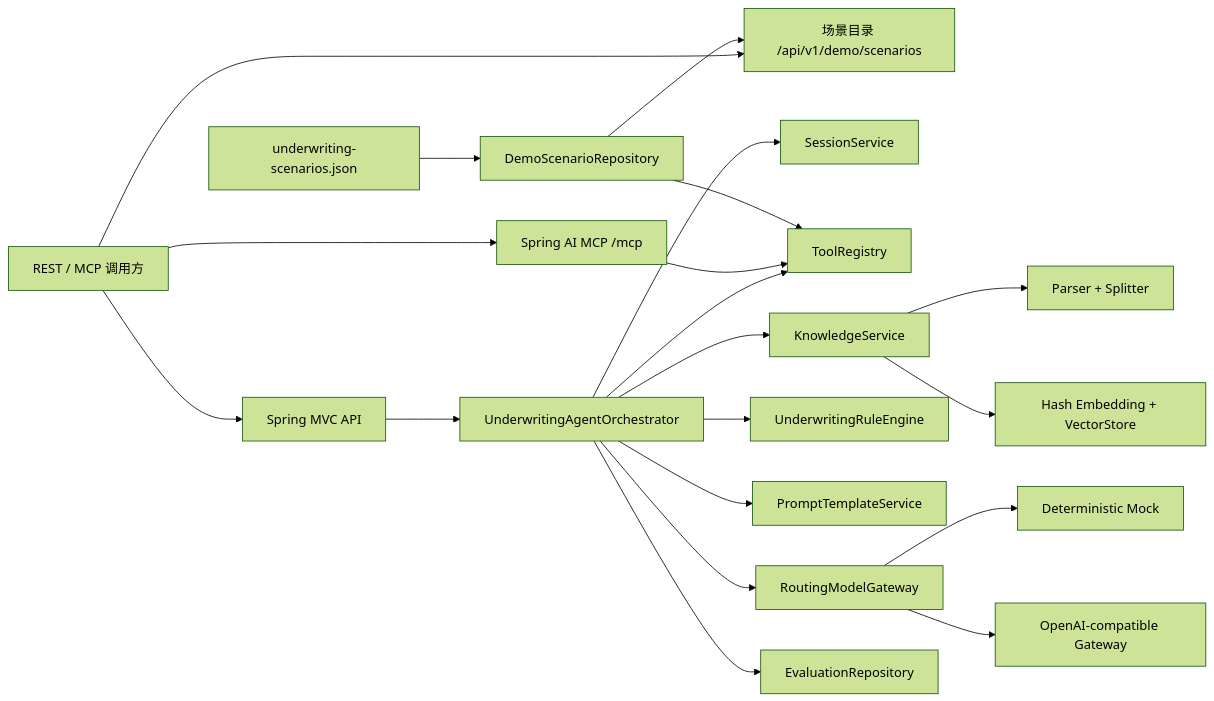
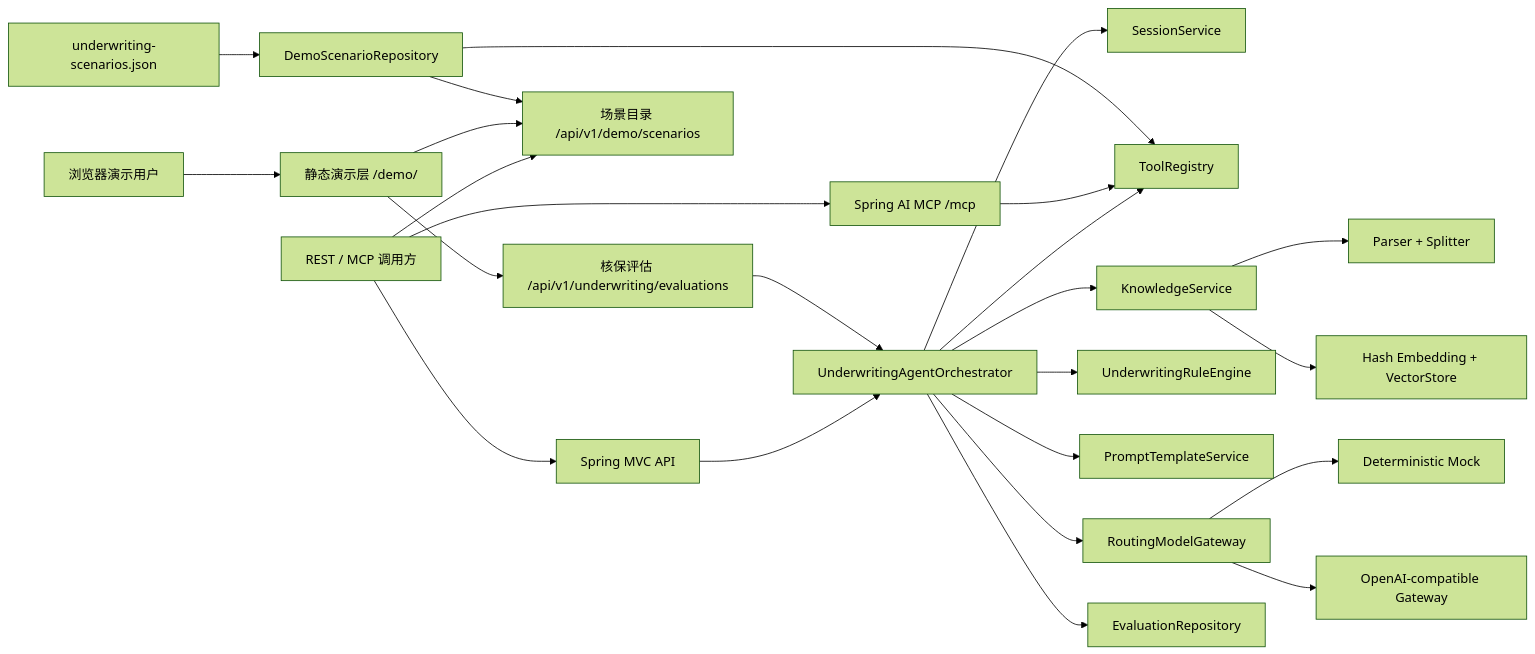
The diagram in docs/ARCHITECTURE.md (hrniux/insurance-underwriting-agent-demo), drawn with Mermaid (forest theme) before and after one commit. The commit also changed other lines of this file and 3 other files, not shown here.

````diff
--- a/docs/ARCHITECTURE.md
+++ b/docs/ARCHITECTURE.md
@@ -11,22 +11,26 @@
 ```mermaid
 flowchart LR
     User["REST / MCP 调用方"] --> API["Spring MVC API"]
     User --> MCP["Spring AI MCP /mcp"]
     User --> DemoAPI["场景目录 /api/v1/demo/scenarios"]
+    DemoUser["浏览器演示用户"] --> Console["静态演示层 /demo/"]
+    Console --> DemoAPI
+    Console --> EvaluationAPI["核保评估 /api/v1/underwriting/evaluations"]
     API --> Agent["UnderwritingAgentOrchestrator"]
+    EvaluationAPI --> Agent
     Agent --> Session["SessionService"]
     Agent --> Tools["ToolRegistry"]
     MCP --> Tools
     Data["underwriting-scenarios.json"] --> Scenarios["DemoScenarioRepository"]
     Scenarios --> Tools
     Scenarios --> DemoAPI
     Agent --> RAG["KnowledgeService"]
     RAG --> Split["Parser + Splitter"]
     RAG --> Vector["Hash Embedding + VectorStore"]
     Agent --> Rules["UnderwritingRuleEngine"]
     Agent --> Prompt["PromptTemplateService"]
     Agent --> Router["RoutingModelGateway"]
     Router --> Mock["Deterministic Mock"]
     Router --> Compatible["OpenAI-compatible Gateway"]
     Agent --> Evaluation["EvaluationRepository"]
 ```
````
